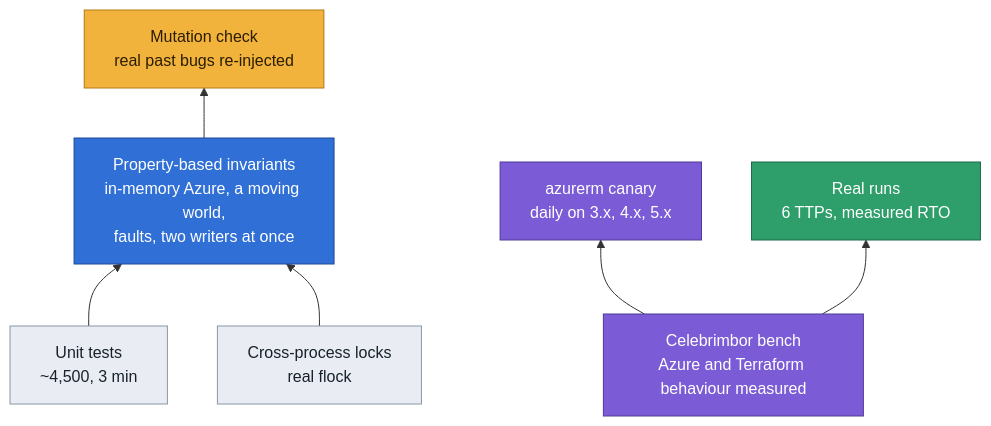
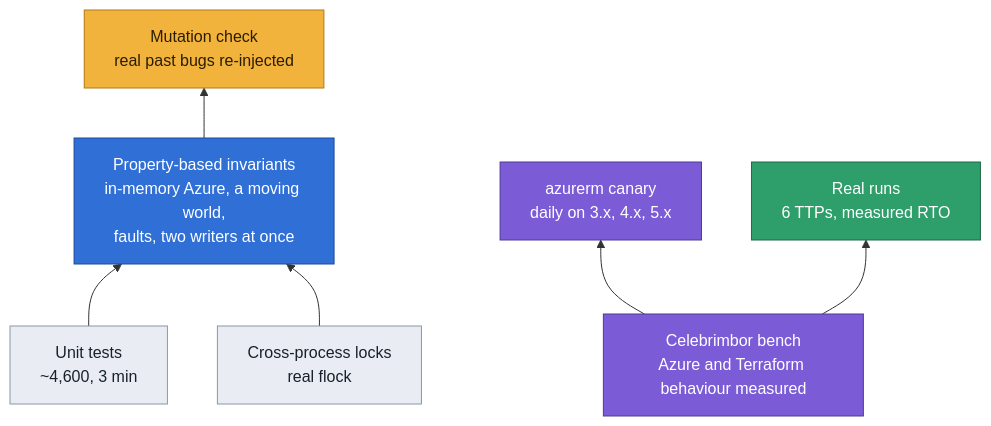
One commit to Vanyar53/eregion changed the third of 3 diagrams in README.md. Above: the diagram before and after it, drawn with Mermaid. The commit also changed other lines of this file and 4 other files, not shown here.

````diff
--- a/README.md
+++ b/README.md
@@ -820,24 +820,24 @@
 ```mermaid
 flowchart BT
-    U["Unit tests<br/>~4,500, 3 min"]
+    U["Unit tests<br/>~4,600, 3 min"]
     I["Property-based invariants<br/>in-memory Azure, a moving world,<br/>faults, two writers at once"]
     M["Mutation check<br/>real past bugs re-injected"]
     L["Cross-process locks<br/>real flock"]
     B["Celebrimbor bench<br/>Azure and Terraform behaviour measured"]
     C["azurerm canary<br/>daily on 3.x, 4.x, 5.x"]
     R["Real runs<br/>6 TTPs, measured RTO"]
     U --> I --> M
     L --> I
     B --> C
     B --> R
     classDef data fill:#e9edf3,stroke:#8a96a8,color:#18212b
     classDef blue fill:#2f6fd6,stroke:#1d4a9a,color:#ffffff
     classDef guard fill:#f2b33d,stroke:#b07a12,color:#2b1d00
     classDef azure fill:#7b5cd6,stroke:#4f3a99,color:#ffffff
     classDef human fill:#2e9e6a,stroke:#1d6b47,color:#ffffff
     class U,L data
     class I blue
     class M guard
     class B,C azure
     class R human
 ```
````
